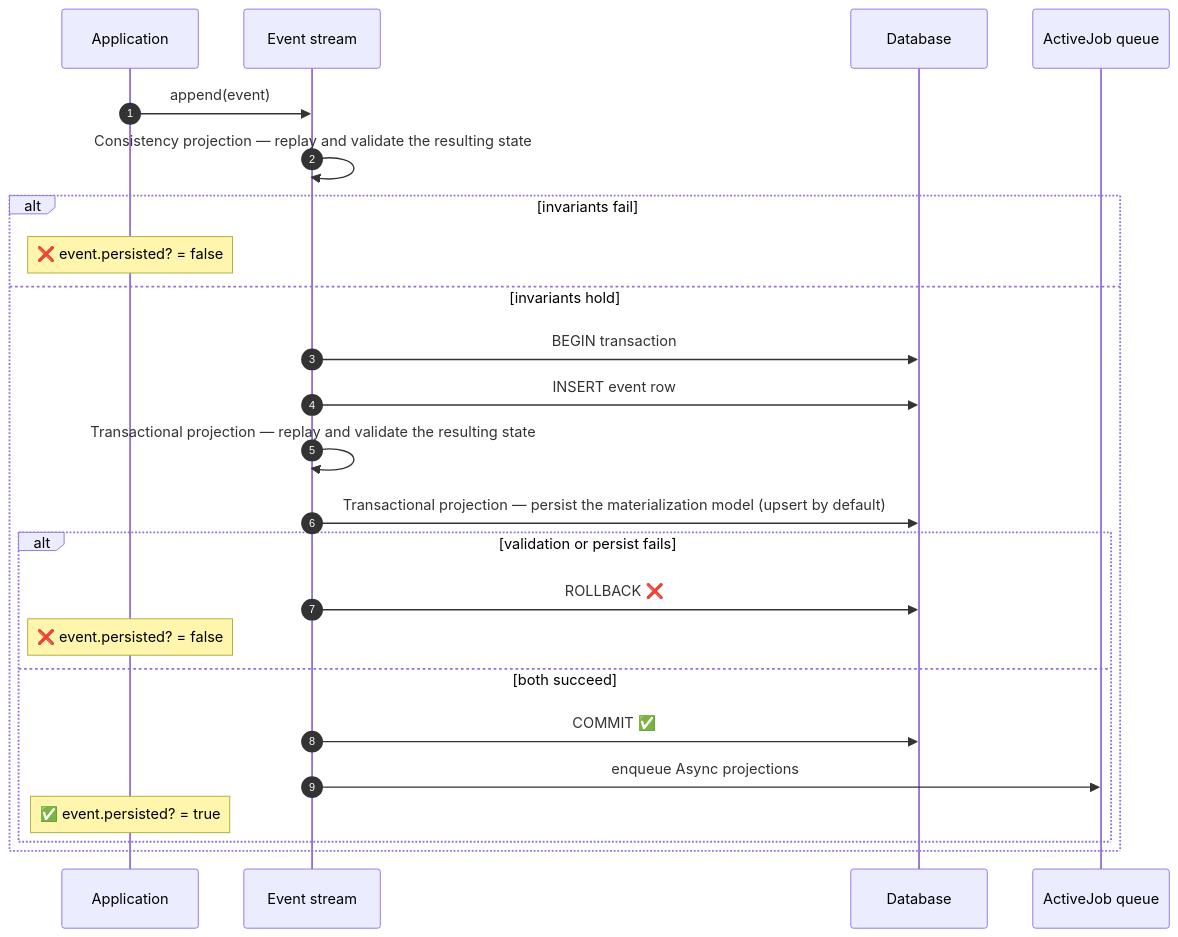
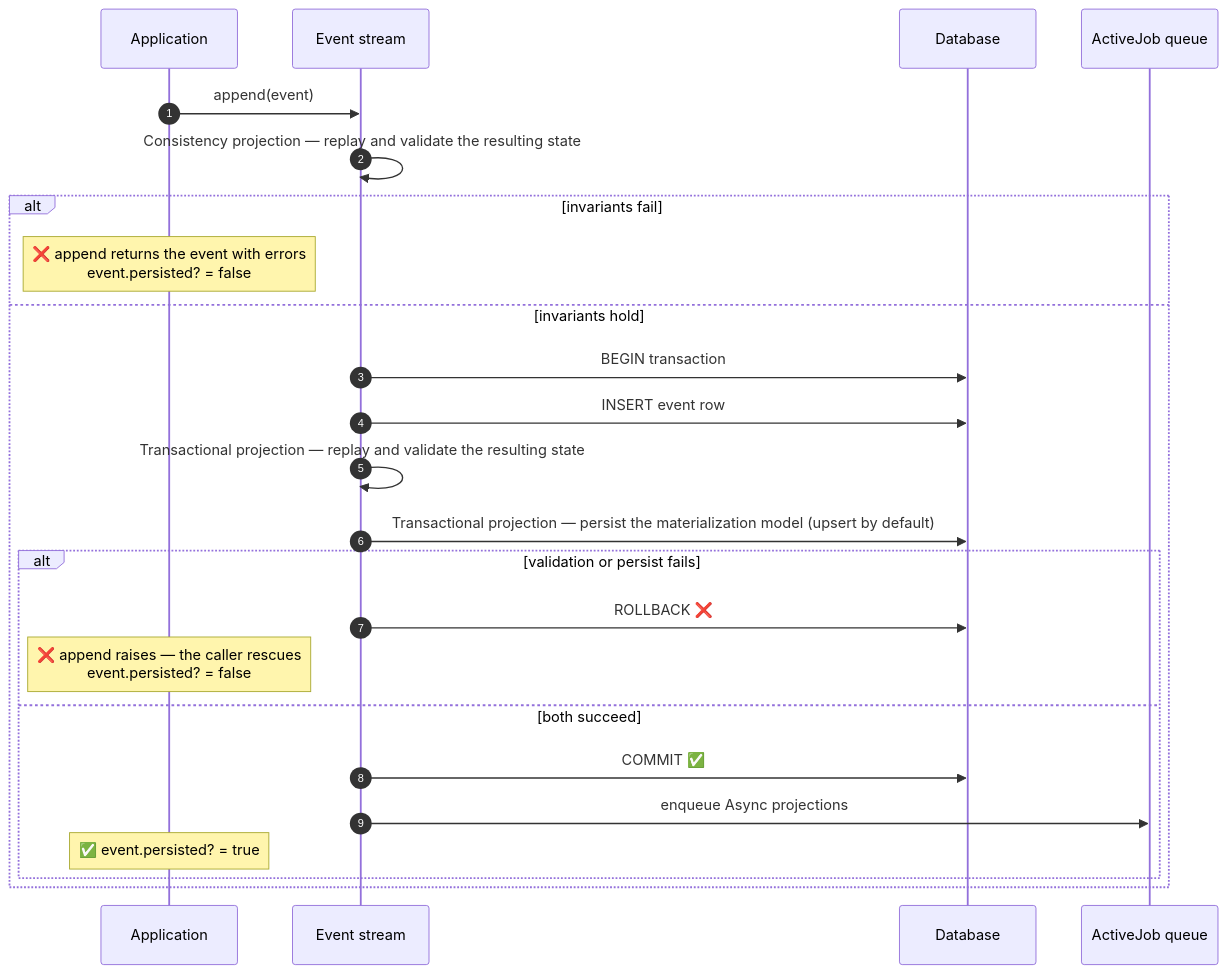
Before and after one commit to funes-org/funes: the diagram in guides/concepts/projection.md, drawn with Mermaid. The commit also changed other lines of this file and 5 other files, not shown here.

````diff
--- a/guides/concepts/projection.md
+++ b/guides/concepts/projection.md
@@ -135,27 +138,27 @@
 ```mermaid
 sequenceDiagram
     autonumber
     participant App as Application
     participant Stream as Event stream
     participant DB as Database
     participant Job as ActiveJob queue
 
     App->>Stream: append(event)
     Stream->>Stream: Consistency projection — replay and validate the resulting state
     alt invariants fail
-        Note over App: ❌ event.persisted? = false
+        Note over App: ❌ append returns the event with errors<br/>event.persisted? = false
     else invariants hold
         Stream->>DB: BEGIN transaction
         Stream->>DB: INSERT event row
         Stream->>Stream: Transactional projection — replay and validate the resulting state
         Stream->>DB: Transactional projection — persist the materialization model (upsert by default)
         alt validation or persist fails
             Stream->>DB: ROLLBACK ❌
-            Note over App: ❌ event.persisted? = false
+            Note over App: ❌ append raises — the caller rescues<br/>event.persisted? = false
         else both succeed
             Stream->>DB: COMMIT ✅
             Stream->>Job: enqueue Async projections
             Note over App: ✅ event.persisted? = true
         end
     end
 ```
````
